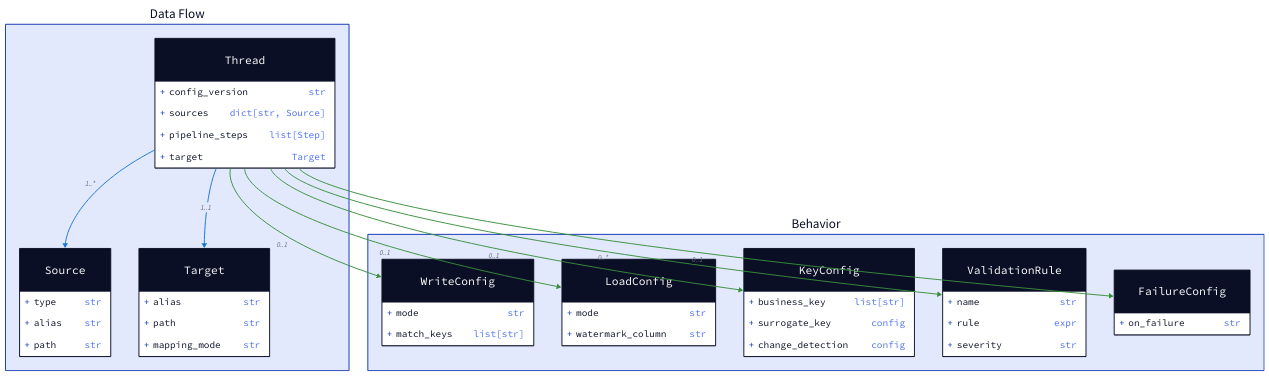
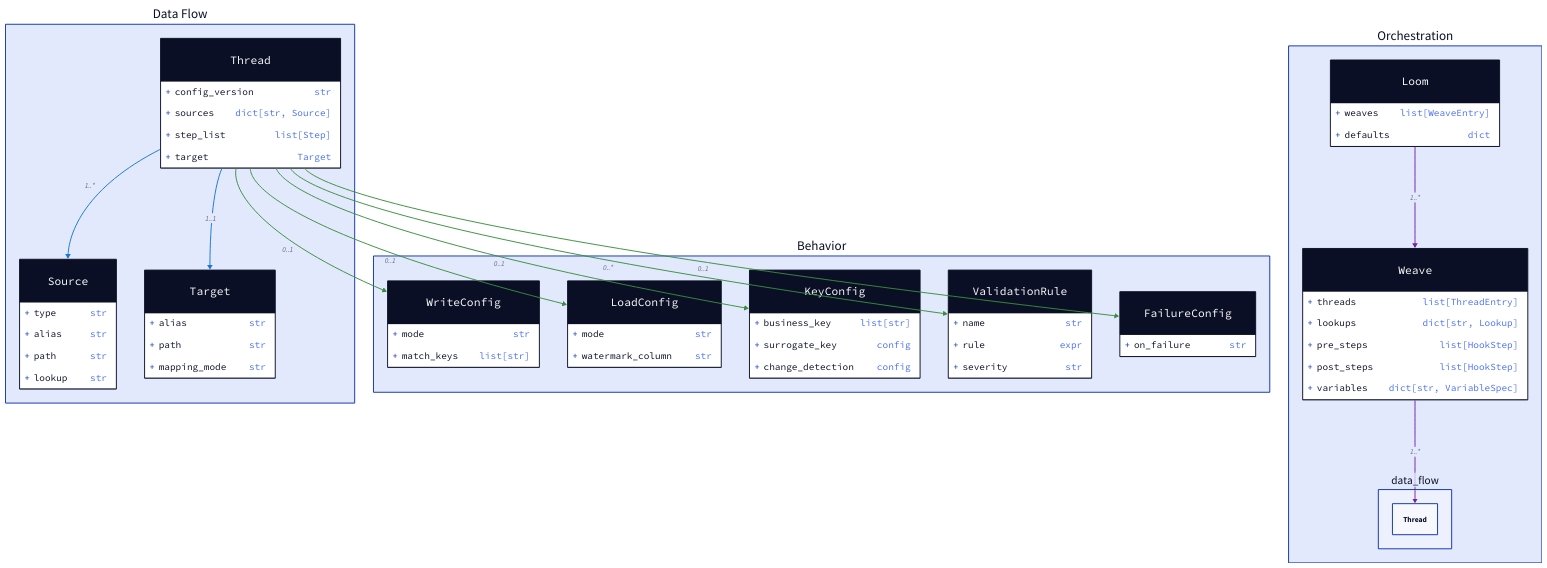
Before and after one commit to ardent-data/weevr: the diagram in docs/reference/configuration-keys.md, drawn with D2. The commit also changed other lines of this file and 18 other files, not shown here.

````diff
--- a/docs/reference/configuration-keys.md
+++ b/docs/reference/configuration-keys.md
@@ -9,63 +9,82 @@
 ```d2
 direction: down
 
 data_flow: Data Flow {
   Thread: Thread {
     shape: class
     config_version: str
     sources: "dict[str, Source]"
-    pipeline_steps: "list[Step]"
+    step_list: "list[Step]"
     target: Target
   }
   Source: Source {
     shape: class
     type: str
     alias: str
     path: str
+    lookup: str
   }
   Target: Target {
     shape: class
     alias: str
     path: str
     mapping_mode: str
   }
 
   Thread -> Source: "1..*" {style.stroke: "#1976D2"}
   Thread -> Target: "1..1" {style.stroke: "#1976D2"}
+}
+
+orchestration: Orchestration {
+  Weave: Weave {
+    shape: class
+    threads: "list[ThreadEntry]"
+    lookups: "dict[str, Lookup]"
+    pre_steps: "list[HookStep]"
+    post_steps: "list[HookStep]"
+    variables: "dict[str, VariableSpec]"
+  }
+  Loom: Loom {
+    shape: class
+    weaves: "list[WeaveEntry]"
+    defaults: dict
+  }
+  Loom -> Weave: "1..*" {style.stroke: "#7B1FA2"}
+  Weave -> data_flow.Thread: "1..*" {style.stroke: "#7B1FA2"}
 }
 
 behavior: Behavior {
   WriteConfig: WriteConfig {
     shape: class
     mode: str
     match_keys: "list[str]"
   }
   LoadConfig: LoadConfig {
     shape: class
     mode: str
     watermark_column: str
   }
   KeyConfig: KeyConfig {
     shape: class
     business_key: "list[str]"
     surrogate_key: config
     change_detection: config
   }
   ValidationRule: ValidationRule {
     shape: class
     name: str
     rule: expr
     severity: str
   }
   FailureConfig: FailureConfig {
     shape: class
     on_failure: str
   }
 }
 
 data_flow.Thread -> behavior.WriteConfig: "0..1" {style.stroke: "#388E3C"}
 data_flow.Thread -> behavior.LoadConfig: "0..1" {style.stroke: "#388E3C"}
 data_flow.Thread -> behavior.KeyConfig: "0..1" {style.stroke: "#388E3C"}
 data_flow.Thread -> behavior.ValidationRule: "0..*" {style.stroke: "#388E3C"}
 data_flow.Thread -> behavior.FailureConfig: "0..1" {style.stroke: "#388E3C"}
 ```
````
